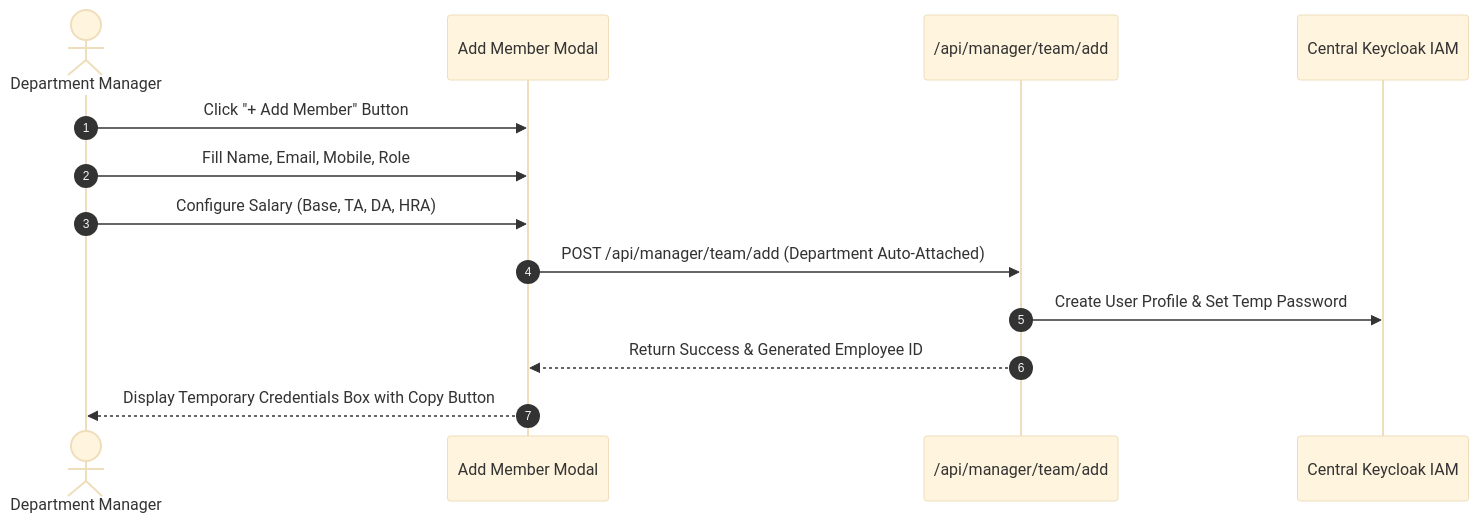
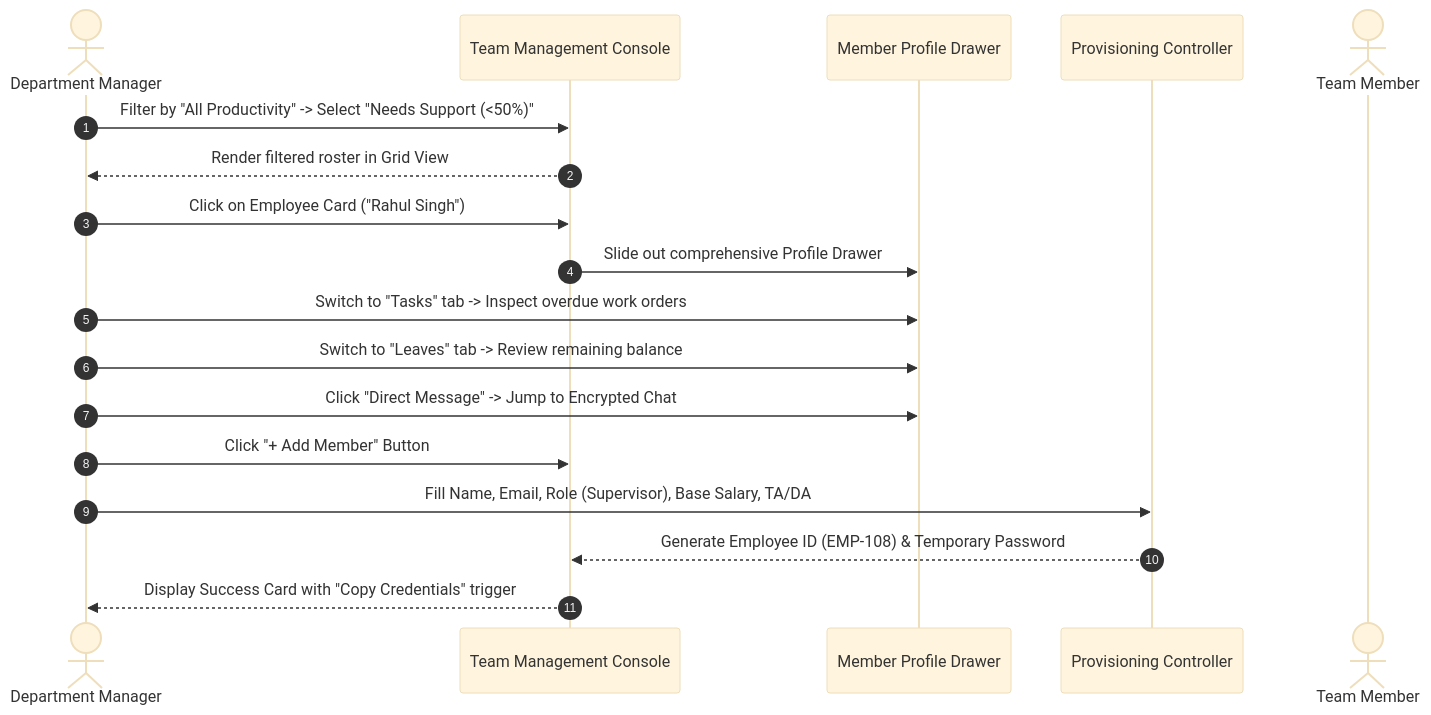
Before and after one commit to SRJ-GROUP/hubnest_user_guide: the diagram in docs/hrms-manager/team.md, drawn with Mermaid (base theme). The commit also changed other lines of this file and 161 other files, not shown here.

Commit message:
feat: complete HubMeet suite, supervisor portal docs, diagram fixes, and interactive eye-button zoom modal

````diff
--- a/docs/hrms-manager/team.md
+++ b/docs/hrms-manager/team.md
@@ -71,16 +54,21 @@
 ```mermaid
 sequenceDiagram
     autonumber
     actor Mgr as Department Manager
-    participant UI as Add Member Modal
-    participant API as /api/manager/team/add
-    participant Auth as Central Keycloak IAM
+    participant UI as Team Management Console
+    participant Drawer as Member Profile Drawer
+    participant Onboarding as Provisioning Controller
+    actor Emp as Team Member
 
+    Mgr->>UI: Filter by "All Productivity" -> Select "Needs Support (<50%)"
+    UI-->>Mgr: Render filtered roster in Grid View
+    Mgr->>UI: Click on Employee Card ("Rahul Singh")
+    UI->>Drawer: Slide out comprehensive Profile Drawer
+    Mgr->>Drawer: Switch to "Tasks" tab -> Inspect overdue work orders
+    Mgr->>Drawer: Switch to "Leaves" tab -> Review remaining balance
+    Mgr->>Drawer: Click "Direct Message" -> Jump to Encrypted Chat
     Mgr->>UI: Click "+ Add Member" Button
-    Mgr->>UI: Fill Name, Email, Mobile, Role
-    Mgr->>UI: Configure Salary (Base, TA, DA, HRA)
-    UI->>API: POST /api/manager/team/add (Department Auto-Attached)
-    API->>Auth: Create User Profile & Set Temp Password
-    API-->>UI: Return Success & Generated Employee ID
-    UI-->>Mgr: Display Temporary Credentials Box with Copy Button
+    Mgr->>Onboarding: Fill Name, Email, Role (Supervisor), Base Salary, TA/DA
+    Onboarding-->>UI: Generate Employee ID (EMP-108) & Temporary Password
+    UI-->>Mgr: Display Success Card with "Copy Credentials" trigger
 ```
````
